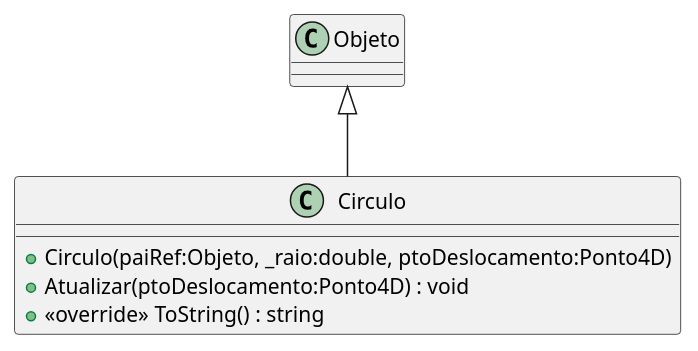
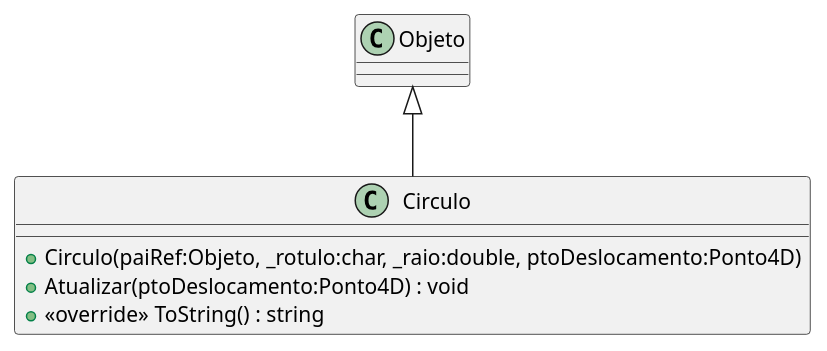
The diagram in Unidade2/CG_N2_Exemplo/plantuml/Circulo.puml (dalton-reis/CG_2024_1), drawn with PlantUML before and after one commit. The commit also changed 25 other files, not shown here.

```diff
--- a/Unidade2/CG_N2_Exemplo/plantuml/Circulo.puml
+++ b/Unidade2/CG_N2_Exemplo/plantuml/Circulo.puml
@@ -1,8 +1,8 @@
 @startuml
 class Circulo {
-    + Circulo(paiRef:Objeto, _raio:double, ptoDeslocamento:Ponto4D)
+    + Circulo(paiRef:Objeto, _rotulo:char, _raio:double, ptoDeslocamento:Ponto4D)
     + Atualizar(ptoDeslocamento:Ponto4D) : void
     + <<override>> ToString() : string
 }
 Objeto <|-- Circulo
 @enduml
```
